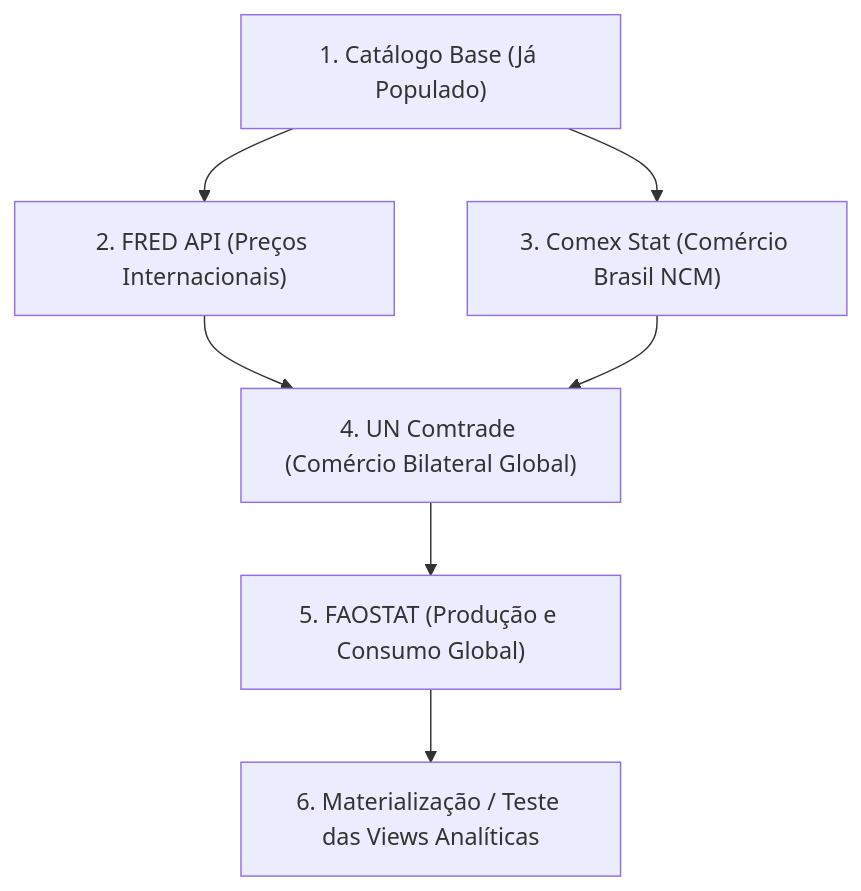
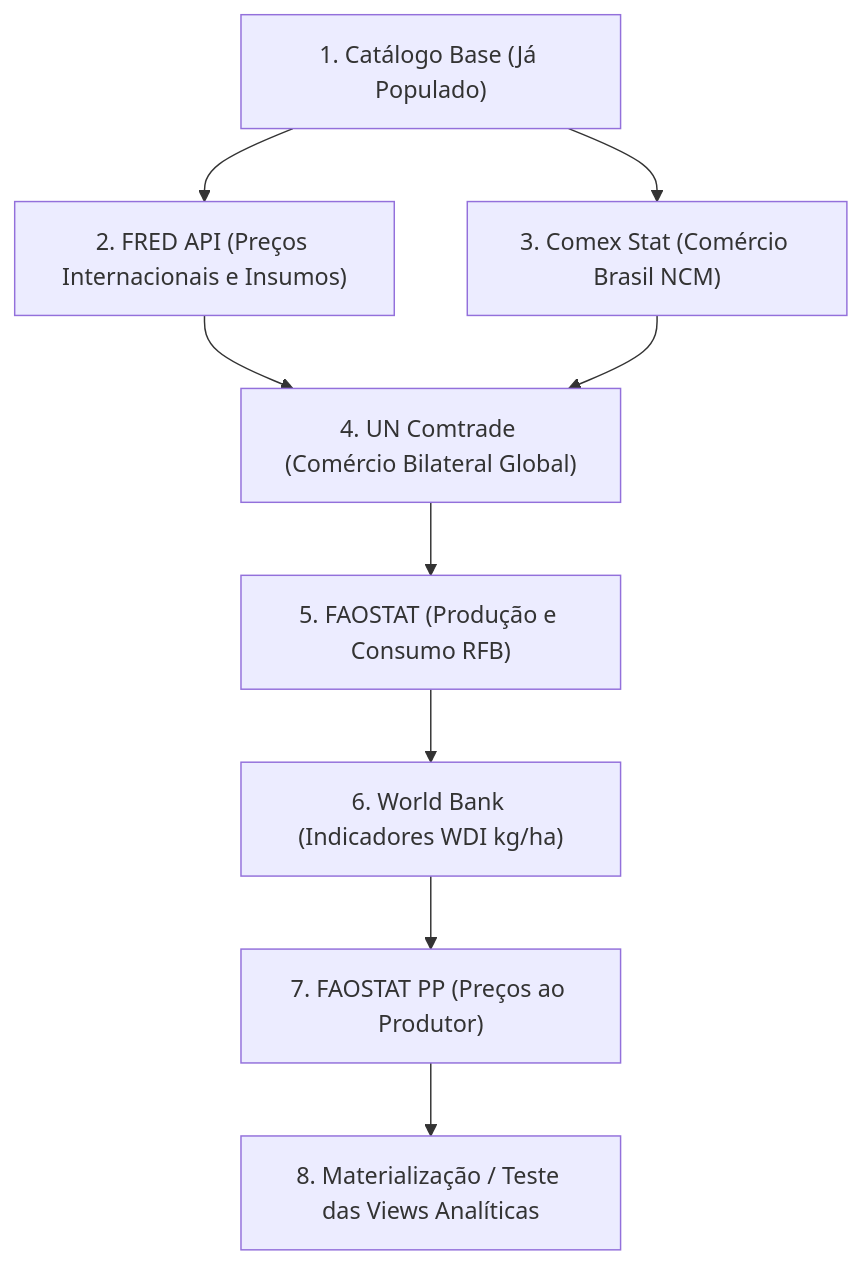
The diagram in docs/architecture/external-apis-best-practices.md (MathZiero/FertiPartner), drawn with Mermaid before and after one commit. The commit also changed other lines of this file and 5 other files, not shown here.

````diff
--- a/docs/architecture/external-apis-best-practices.md
+++ b/docs/architecture/external-apis-best-practices.md
@@ -82,9 +112,11 @@
 ```mermaid
 graph TD
-    A["1. Catálogo Base (Já Populado)"] --> B["2. FRED API (Preços Internacionais)"]
+    A["1. Catálogo Base (Já Populado)"] --> B["2. FRED API (Preços Internacionais e Insumos)"]
     A --> C["3. Comex Stat (Comércio Brasil NCM)"]
     B --> D["4. UN Comtrade (Comércio Bilateral Global)"]
     C --> D
-    D --> E["5. FAOSTAT (Produção e Consumo Global)"]
-    E --> F["6. Materialização / Teste das Views Analíticas"]
+    D --> E["5. FAOSTAT (Produção e Consumo RFB)"]
+    E --> F["6. World Bank (Indicadores WDI kg/ha)"]
+    F --> G["7. FAOSTAT PP (Preços ao Produtor)"]
+    G --> H["8. Materialização / Teste das Views Analíticas"]
 ```
````
